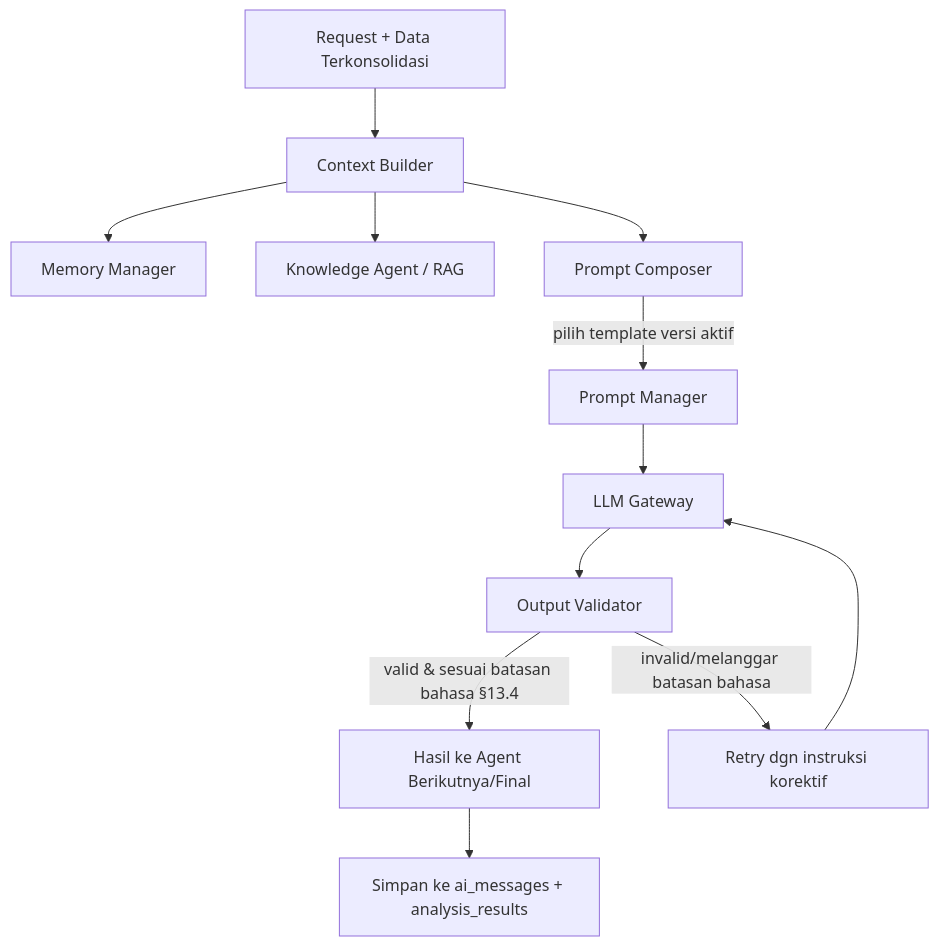
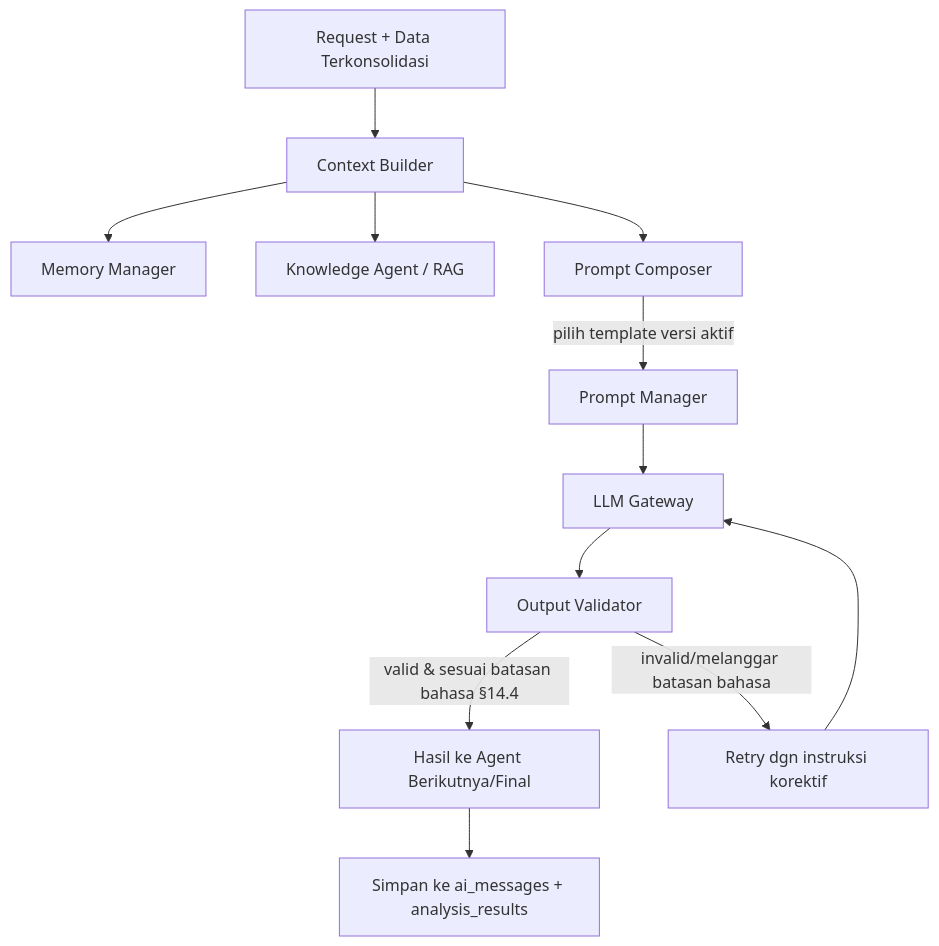
Before and after one commit to zed378/stock-recommendation-be: the ninth of 11 diagrams in Dokumen_Perencanaan_AI_Investment_Decision_Support.md, drawn with Mermaid. The commit also changed other lines of this file and 127 other files, not shown here.

````diff
--- a/Dokumen_Perencanaan_AI_Investment_Decision_Support.md
+++ b/Dokumen_Perencanaan_AI_Investment_Decision_Support.md
@@ -910,14 +965,14 @@
 ```mermaid
 flowchart TB
     D[Request + Data Terkonsolidasi] --> CB[Context Builder]
     CB --> MM[Memory Manager]
     CB --> KA[Knowledge Agent / RAG]
     CB --> PC[Prompt Composer]
     PC -->|pilih template versi aktif| PM[Prompt Manager]
     PM --> LG[LLM Gateway]
     LG --> OV[Output Validator]
-    OV -->|valid & sesuai batasan bahasa §13.4| NEXT[Hasil ke Agent Berikutnya/Final]
+    OV -->|valid & sesuai batasan bahasa §14.4| NEXT[Hasil ke Agent Berikutnya/Final]
     OV -->|invalid/melanggar batasan bahasa| RETRY[Retry dgn instruksi korektif]
     RETRY --> LG
     NEXT --> LOG[Simpan ke ai_messages + analysis_results]
 ```
````
